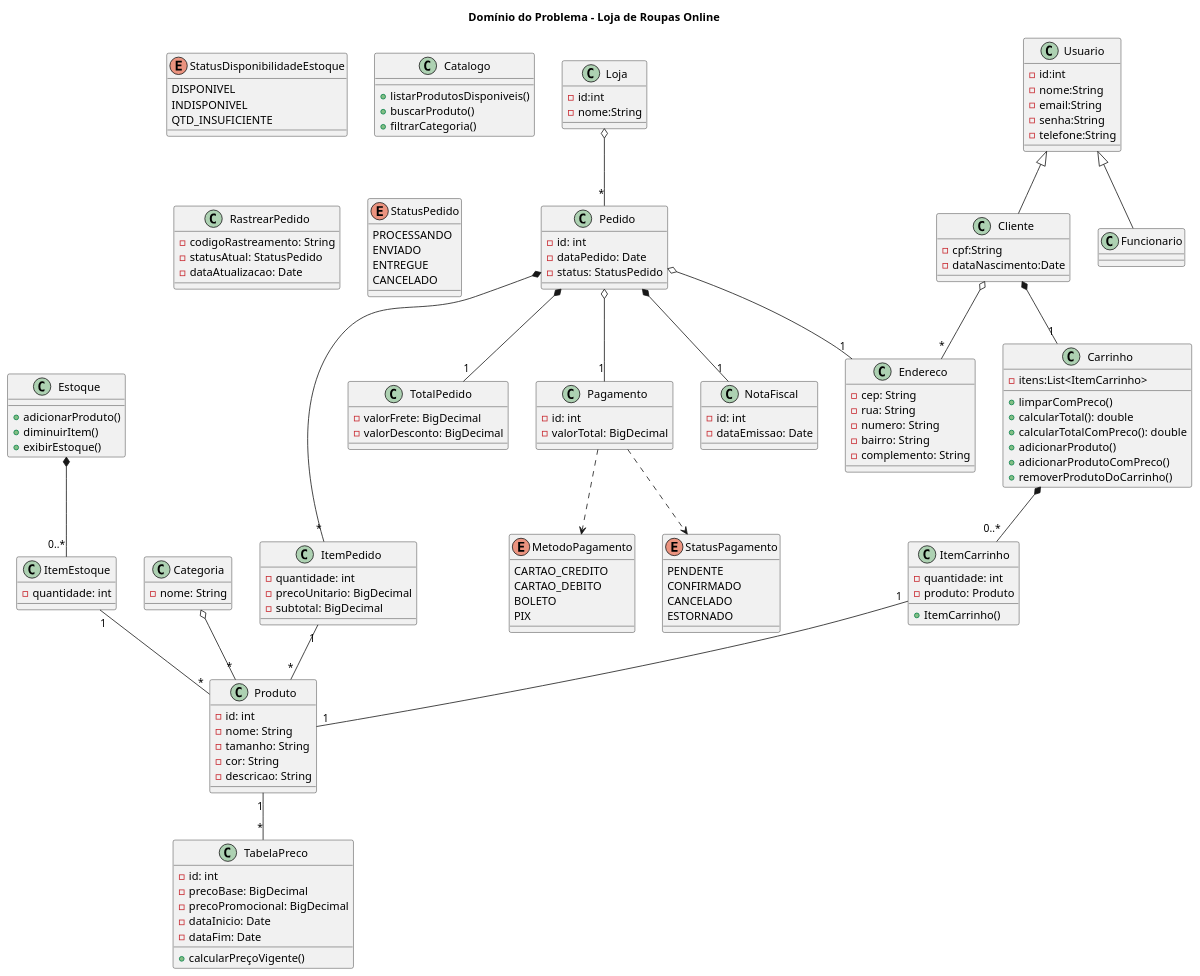
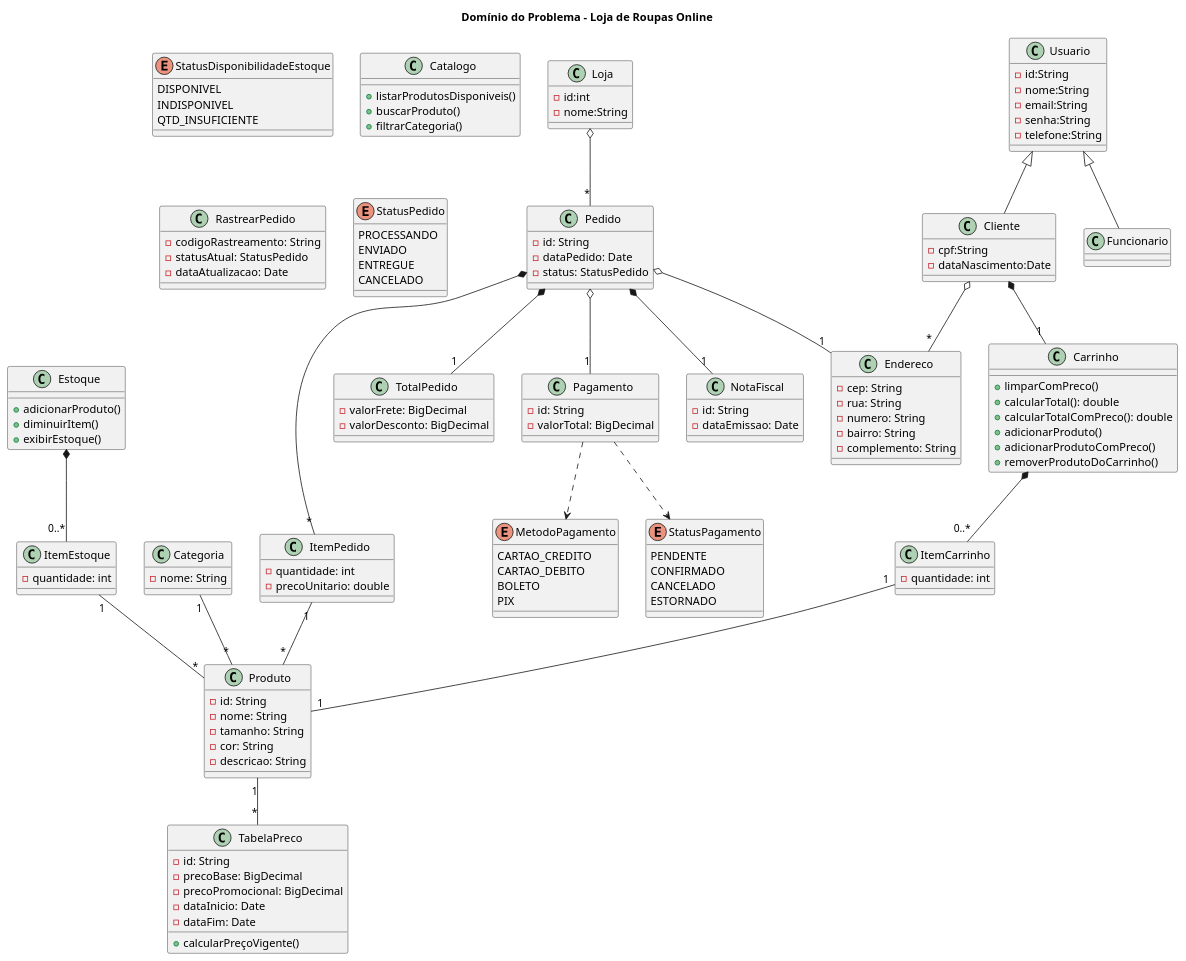
One commit to Wyklify/projeto_lojaOline_final changed the first of 2 diagrams in Uml_Final.plantuml. Above: the diagram before and after it, drawn with PlantUML.

Commit message:
Mudanças iniciais na UML

```diff
--- a/Uml_Final.plantuml
+++ b/Uml_Final.plantuml
@@ -5,7 +5,7 @@
 
 
 class Produto {
-    -id: int
+    -id: String
     -nome: String
     -tamanho: String
     -cor: String
@@ -33,7 +33,7 @@
 
 
 class TabelaPreco {
-    -id: int
+    -id: String
     -precoBase: BigDecimal
     -precoPromocional: BigDecimal
     -dataInicio: Date
@@ -42,7 +42,7 @@
 }
 
 class Usuario {
-    -id:int
+    -id:String
     -nome:String
     -email:String
     -senha:String
@@ -73,12 +73,12 @@
 
 class ItemCarrinho {
     -quantidade: int
-    -produto: Produto
-    +ItemCarrinho()
+    
+    
 }
 
 class Carrinho {
-    -itens:List<ItemCarrinho>
+
     +limparComPreco()
     +calcularTotal(): double
     +calcularTotalComPreco(): double
@@ -94,15 +94,15 @@
 }
 
 class Pedido {
-    -id: int
+    -id: String
     -dataPedido: Date
     -status: StatusPedido
 }
 
 class ItemPedido {
     -quantidade: int
-    -precoUnitario: BigDecimal
-    -subtotal: BigDecimal
+    -precoUnitario: double
+    
 }
 
 class TotalPedido {
@@ -111,8 +111,9 @@
 }
 
 class Pagamento {
-    -id: int
+    -id: String
     -valorTotal: BigDecimal
+
 }
 
 class RastrearPedido {
@@ -122,7 +123,7 @@
 }
 
 class NotaFiscal {
-    -id: int
+    -id: String
     -dataEmissao: Date
 }
 
@@ -164,7 +165,7 @@
 ItemEstoque "1" -- "*" Produto
 
 ' Produto pertence a uma categoria (agregação)
-Categoria o-- "*" Produto
+Categoria "1" -- "*" Produto
 
 ' Carrinho é composto por ItemCarrinho
 Carrinho *-- "0..*" ItemCarrinho
```
